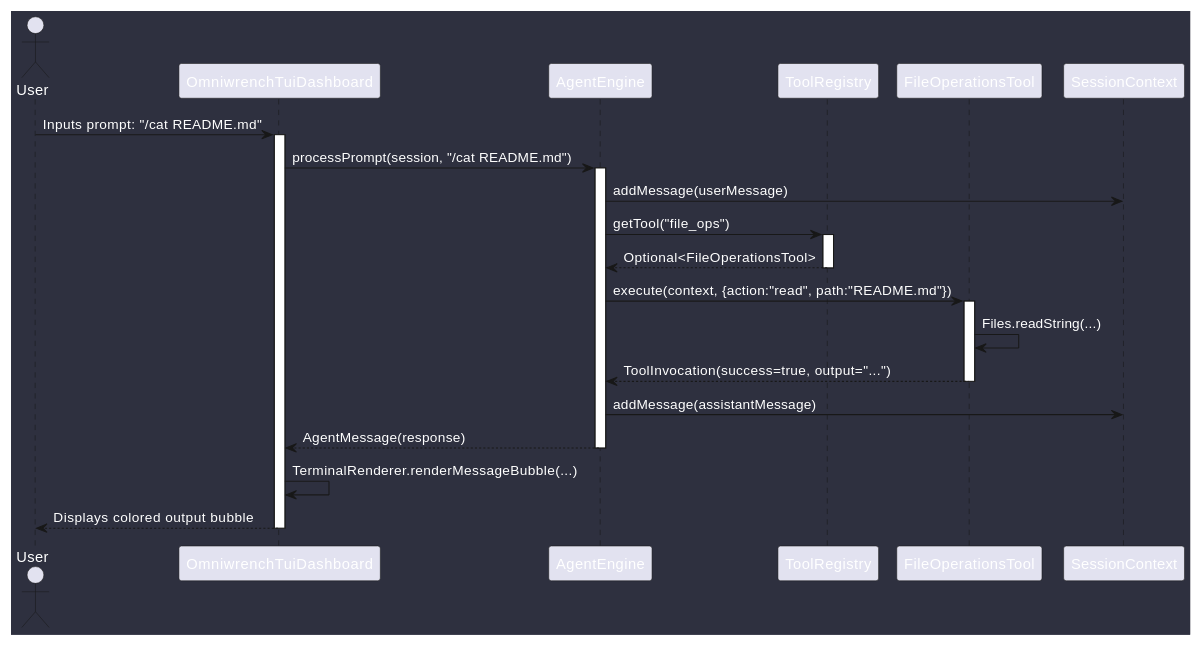
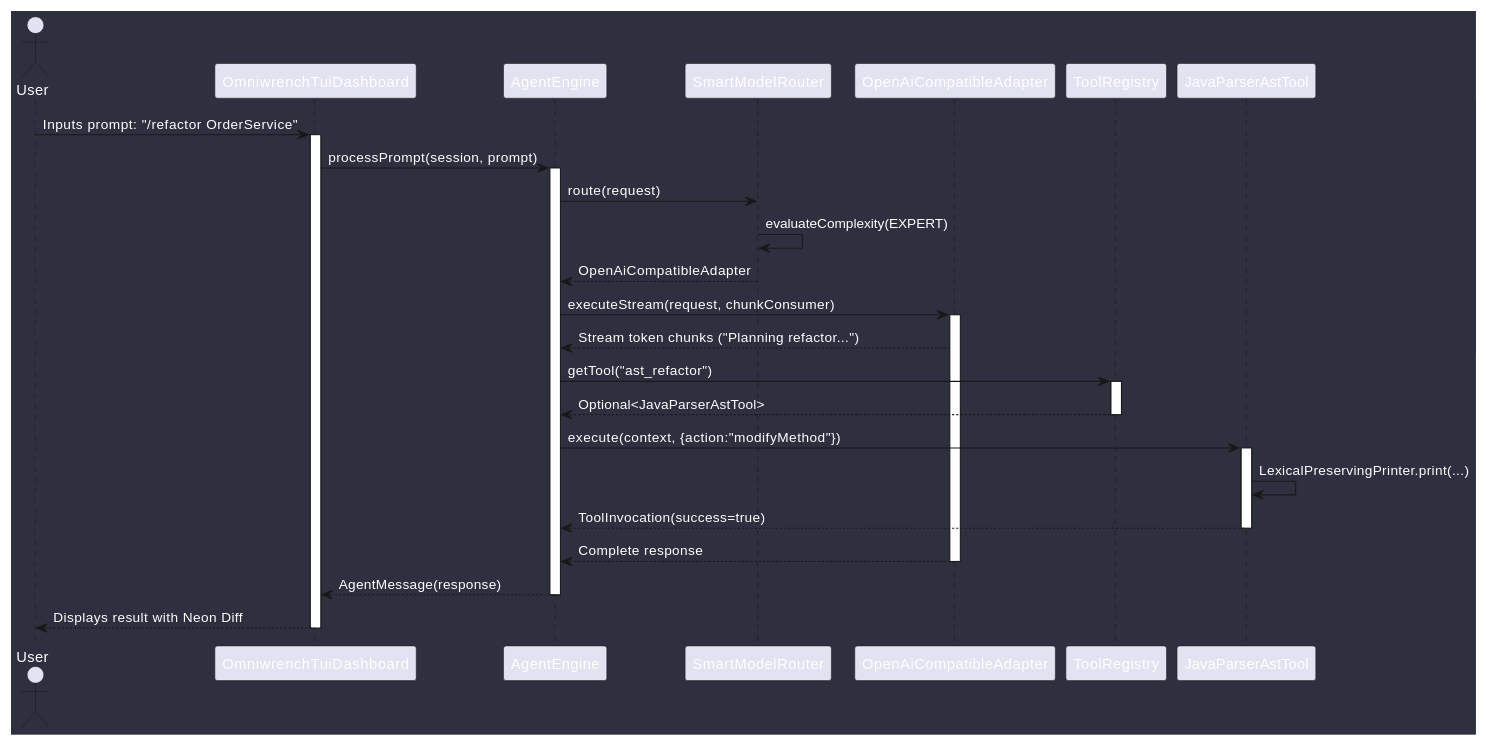
One commit to mlecabellec/omniwrench changed the first of 4 diagrams in doc/docs/architecture/sequences.md. Above: the diagram before and after it, drawn with PlantUML. The commit also changed other lines of this file and 12 other files, not shown here.

````diff
--- a/doc/docs/architecture/sequences.md
+++ b/doc/docs/architecture/sequences.md
@@ -5,40 +7,44 @@
 ```plantuml
 @startuml
 skinparam backgroundColor #2e303f
 skinparam defaultFontColor #ffffff
 
 actor User as U
 participant "OmniwrenchTuiDashboard" as TUI
 participant "AgentEngine" as ENG
+participant "SmartModelRouter" as ROUTER
+participant "OpenAiCompatibleAdapter" as ADAPT
 participant "ToolRegistry" as REG
-participant "FileOperationsTool" as TOOL
-participant "SessionContext" as CTX
+participant "JavaParserAstTool" as AST
 
-U -> TUI : Inputs prompt: "/cat README.md"
+U -> TUI : Inputs prompt: "/refactor OrderService"
 activate TUI
-
-TUI -> ENG : processPrompt(session, "/cat README.md")
+TUI -> ENG : processPrompt(session, prompt)
 activate ENG
 
-ENG -> CTX : addMessage(userMessage)
+ENG -> ROUTER : route(request)
+ROUTER -> ROUTER : evaluateComplexity(EXPERT)
+ROUTER --> ENG : OpenAiCompatibleAdapter
 
-ENG -> REG : getTool("file_ops")
+ENG -> ADAPT : executeStream(request, chunkConsumer)
+activate ADAPT
+ADAPT --> ENG : Stream token chunks ("Planning refactor...")
+ENG -> REG : getTool("ast_refactor")
 activate REG
-REG --> ENG : Optional<FileOperationsTool>
+REG --> ENG : Optional<JavaParserAstTool>
 deactivate REG
 
-ENG -> TOOL : execute(context, {action:"read", path:"README.md"})
-activate TOOL
-TOOL -> TOOL : Files.readString(...)
-TOOL --> ENG : ToolInvocation(success=true, output="...")
-deactivate TOOL
+ENG -> AST : execute(context, {action:"modifyMethod"})
+activate AST
+AST -> AST : LexicalPreservingPrinter.print(...)
+AST --> ENG : ToolInvocation(success=true)
+deactivate AST
 
-ENG -> CTX : addMessage(assistantMessage)
+ADAPT --> ENG : Complete response
+deactivate ADAPT
 ENG --> TUI : AgentMessage(response)
 deactivate ENG
-
-TUI -> TUI : TerminalRenderer.renderMessageBubble(...)
-TUI --> U : Displays colored output bubble
+TUI --> U : Displays result with Neon Diff
 deactivate TUI
 @enduml
 ```
````
